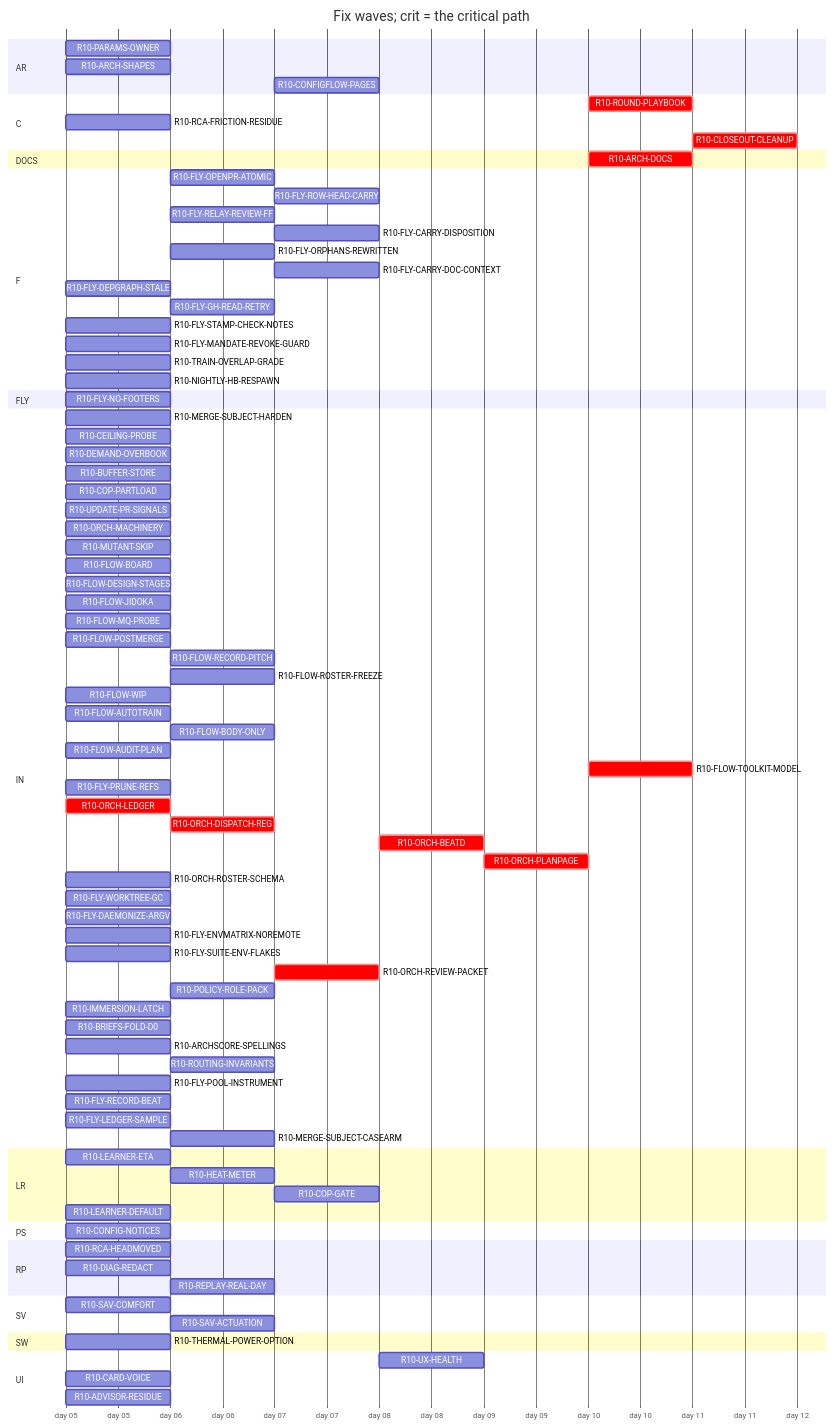
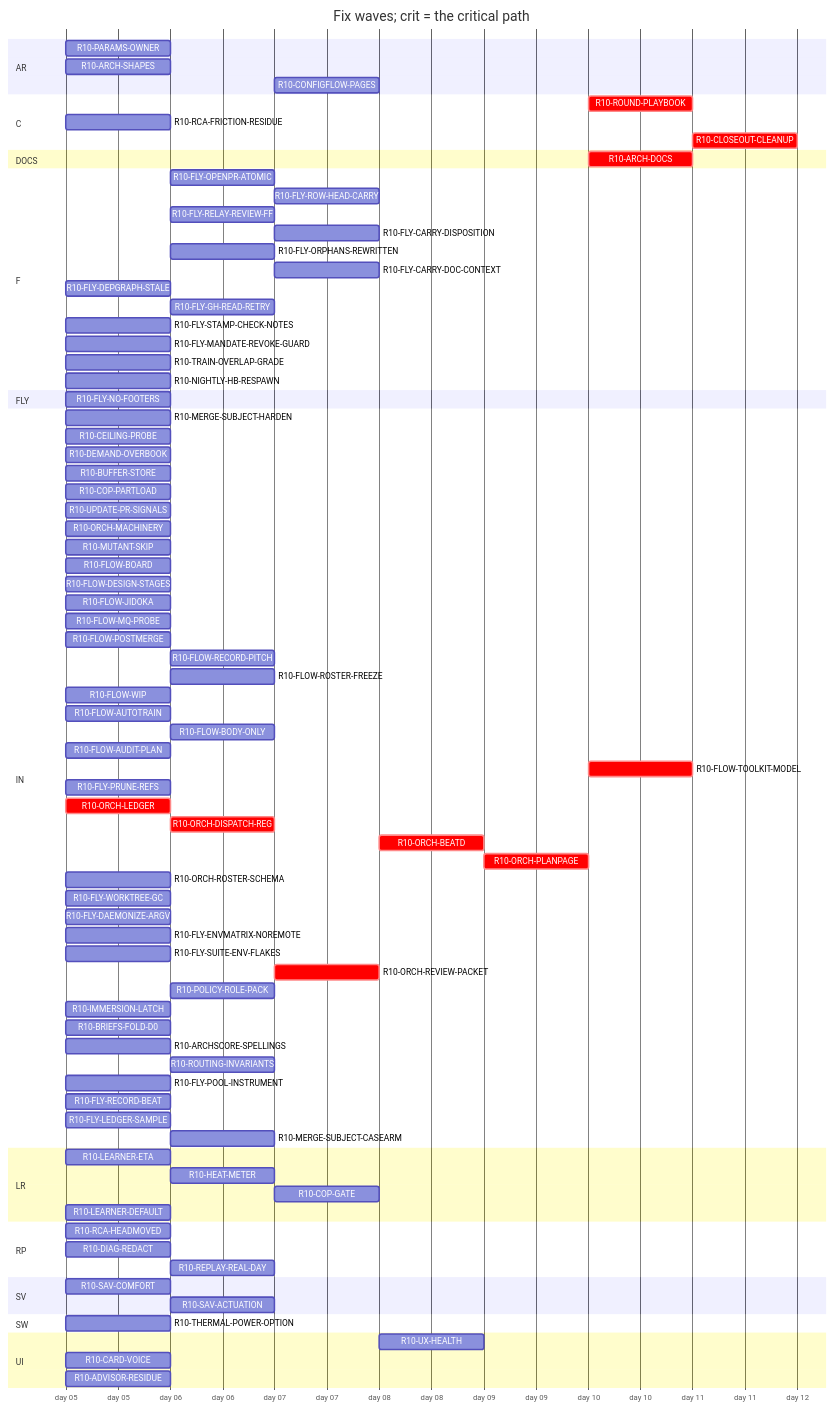
One commit to tvofi/heatpump_optimizer changed the diagram in handoff/round10/state/PLAN-TABLE.md. Above: the diagram before and after it, drawn with Mermaid. The commit also changed other lines of this file and 2 other files, not shown here.

```diff
--- a/handoff/round10/state/PLAN-TABLE.md
+++ b/handoff/round10/state/PLAN-TABLE.md
@@ -36,7 +35,7 @@
     R10-RCA-FRICTION-RESIDUE :r10RCAFRICTIONRESIDUE, 2026-01-05, 1d
     R10-CLOSEOUT-CLEANUP :crit, r10CLOSEOUTCLEANUP, after r10FLYPRUNEREFS r10FLYWORKTREEGC r10ARCHDOCS r10ROUNDPLAYBOOK, 1d
   section DOCS
-    R10-ARCH-DOCS :crit, r10ARCHDOCS, after r10CONFIGNOTICES r10PARAMSOWNER r10ARCHSHAPES r10LEARNERETA r10HEATMETER r10COPGATE r10UXHEALTH r10CONFIGFLOWPAGES r10RCAHEADMOVED r10SAVCOMFORT r10MERGESUBJECTHARDEN r10CEILINGPROBE r10DEMANDOVERBOOK r10BUFFERSTORE r10COPPARTLOAD r10UPDATEPRSIGNALS r10CARDVOICE r10THERMALPOWEROPTION r10LEARNERDEFAULT r10MUTANTSKIP r10FLOWBOARD r10FLOWDESIGNSTAGES r10FLOWJIDOKA r10FLOWMQPROBE r10FLOWPOSTMERGE r10FLOWRECORDPITCH r10FLOWROSTERFREEZE r10FLOWWIP r10FLOWAUTOTRAIN r10FLOWBODYONLY r10FLYOPENPRATOMIC r10FLYROWHEADCARRY r10FLOWAUDITPLAN r10FLYRELAYREVIEWFF r10FLYCARRYDISPOSITION r10FLYORPHANSREWRITTEN r10FLYCARRYDOCCONTEXT r10FLYDEPGRAPHSTALE r10FLOWTOOLKITMODEL r10FLYSTAMPCHECKNOTES r10FLYMANDATEREVOKEGUARD r10RCAFRICTIONRESIDUE r10TRAINOVERLAPGRADE r10NIGHTLYHBRESPAWN r10FLYPRUNEREFS r10ORCHLEDGER r10ORCHDISPATCHREG r10ORCHBEATD r10ORCHPLANPAGE r10ORCHROSTERSCHEMA r10FLYWORKTREEGC r10FLYDAEMONIZEARGV r10FLYENVMATRIXNOREMOTE r10ORCHREVIEWPACKET r10POLICYROLEPACK r10IMMERSIONLATCH r10DIAGREDACT r10ADVISORRESIDUE r10BRIEFSFOLDD0 r10REPLAYREALDAY r10ARCHSCORESPELLINGS r10ROUTINGINVARIANTS r10SAVACTUATION r10FLYPOOLINSTRUMENT r10FLYRECORDBEAT r10FLYLEDGERSAMPLE, 1d
+    R10-ARCH-DOCS :crit, r10ARCHDOCS, after r10PARAMSOWNER r10ARCHSHAPES r10LEARNERETA r10HEATMETER r10COPGATE r10UXHEALTH r10CONFIGFLOWPAGES r10RCAHEADMOVED r10SAVCOMFORT r10MERGESUBJECTHARDEN r10CEILINGPROBE r10DEMANDOVERBOOK r10BUFFERSTORE r10COPPARTLOAD r10UPDATEPRSIGNALS r10CARDVOICE r10THERMALPOWEROPTION r10LEARNERDEFAULT r10MUTANTSKIP r10FLOWBOARD r10FLOWDESIGNSTAGES r10FLOWJIDOKA r10FLOWMQPROBE r10FLOWPOSTMERGE r10FLOWRECORDPITCH r10FLOWROSTERFREEZE r10FLOWWIP r10FLOWAUTOTRAIN r10FLOWBODYONLY r10FLYOPENPRATOMIC r10FLYROWHEADCARRY r10FLOWAUDITPLAN r10FLYRELAYREVIEWFF r10FLYCARRYDISPOSITION r10FLYORPHANSREWRITTEN r10FLYCARRYDOCCONTEXT r10FLYDEPGRAPHSTALE r10FLOWTOOLKITMODEL r10FLYSTAMPCHECKNOTES r10FLYMANDATEREVOKEGUARD r10RCAFRICTIONRESIDUE r10TRAINOVERLAPGRADE r10NIGHTLYHBRESPAWN r10FLYPRUNEREFS r10ORCHLEDGER r10ORCHDISPATCHREG r10ORCHBEATD r10ORCHPLANPAGE r10ORCHROSTERSCHEMA r10FLYWORKTREEGC r10FLYDAEMONIZEARGV r10FLYENVMATRIXNOREMOTE r10ORCHREVIEWPACKET r10POLICYROLEPACK r10IMMERSIONLATCH r10DIAGREDACT r10ADVISORRESIDUE r10BRIEFSFOLDD0 r10REPLAYREALDAY r10ARCHSCORESPELLINGS r10ROUTINGINVARIANTS r10SAVACTUATION r10FLYPOOLINSTRUMENT r10FLYRECORDBEAT r10FLYLEDGERSAMPLE, 1d
   section F
     R10-FLY-OPENPR-ATOMIC :r10FLYOPENPRATOMIC, after r10UPDATEPRSIGNALS, 1d
     R10-FLY-ROW-HEAD-CARRY :r10FLYROWHEADCARRY, after r10FLYOPENPRATOMIC r10FLOWMQPROBE, 1d
@@ -98,8 +97,6 @@
     R10-HEAT-METER :r10HEATMETER, after r10LEARNERETA r10PARAMSOWNER r10ARCHSHAPES r10THERMALPOWEROPTION, 1d
     R10-COP-GATE :r10COPGATE, after r10HEATMETER, 1d
     R10-LEARNER-DEFAULT :r10LEARNERDEFAULT, 2026-01-05, 1d
-  section PS
-    R10-CONFIG-NOTICES :r10CONFIGNOTICES, 2026-01-05, 1d
   section RP
     R10-RCA-HEADMOVED :r10RCAHEADMOVED, 2026-01-05, 1d
     R10-DIAG-REDACT :r10DIAGREDACT, 2026-01-05, 1d
```
